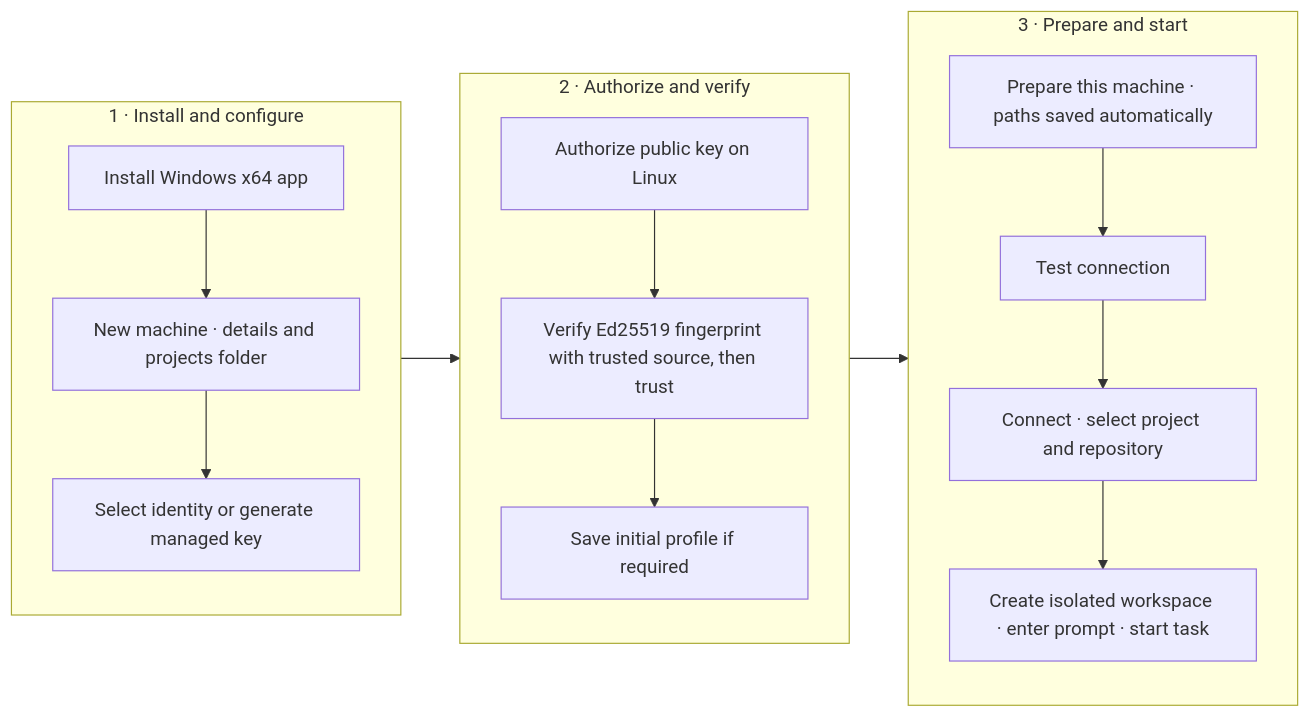
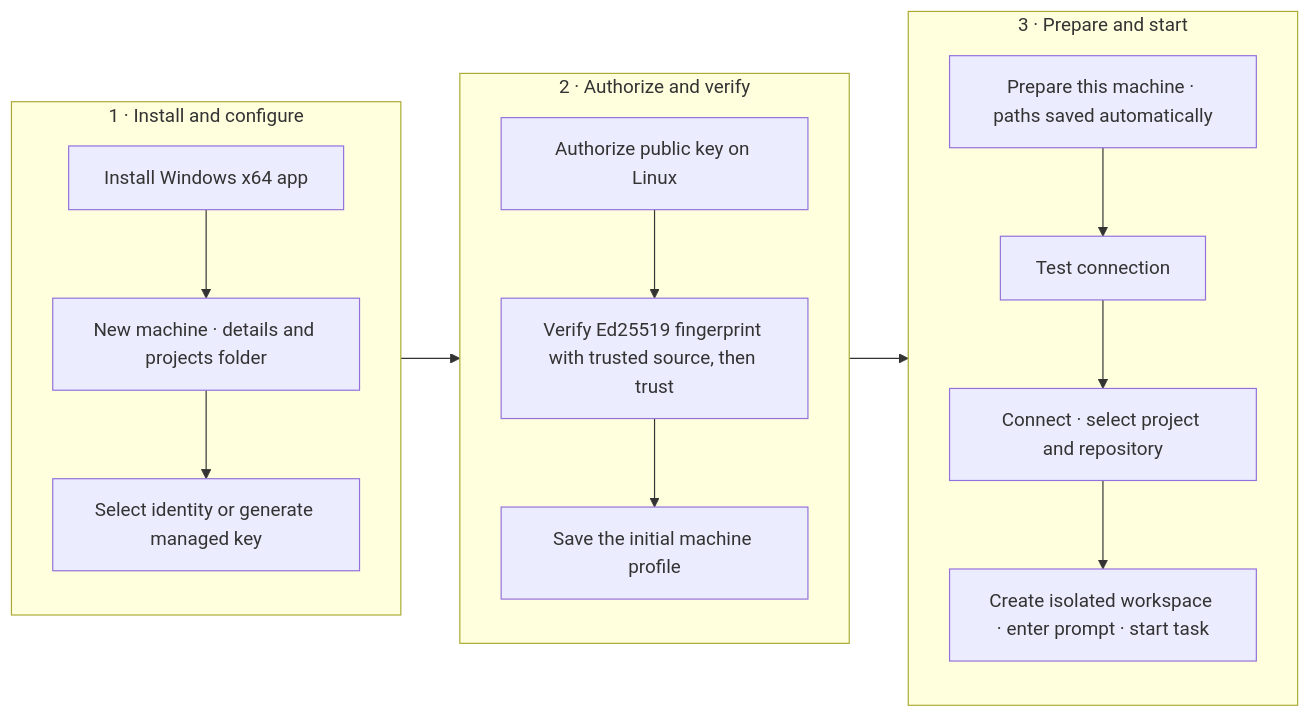
One commit to FE-Engineer-Youtube/robocodo-releases changed the second of 2 diagrams in README.md. Above: the diagram before and after it, drawn with Mermaid. The commit also changed other lines of this file and 2 other files, not shown here.

Commit message:
docs: clarify profile save and preparation connection behavior

````diff
--- a/README.md
+++ b/README.md
@@ -58,20 +58,20 @@
 ```mermaid
 flowchart LR
     subgraph setup["1 · Install and configure"]
         direction TB
         install["Install Windows x64 app"] --> machine["New machine · details and projects folder"]
         machine --> identity["Select identity or generate managed key"]
     end
     subgraph access["2 · Authorize and verify"]
         direction TB
         authorize["Authorize public key on Linux"] --> trust["Verify Ed25519 fingerprint with trusted source, then trust"]
-        trust --> save["Save initial profile if required"]
+        trust --> save["Save the initial machine profile"]
     end
     subgraph work["3 · Prepare and start"]
         direction TB
         prepare["Prepare this machine · paths saved automatically"] --> test["Test connection"]
         test --> connect["Connect · select project and repository"]
         connect --> task["Create isolated workspace · enter prompt · start task"]
     end
     setup --> access --> work
 ```
````
